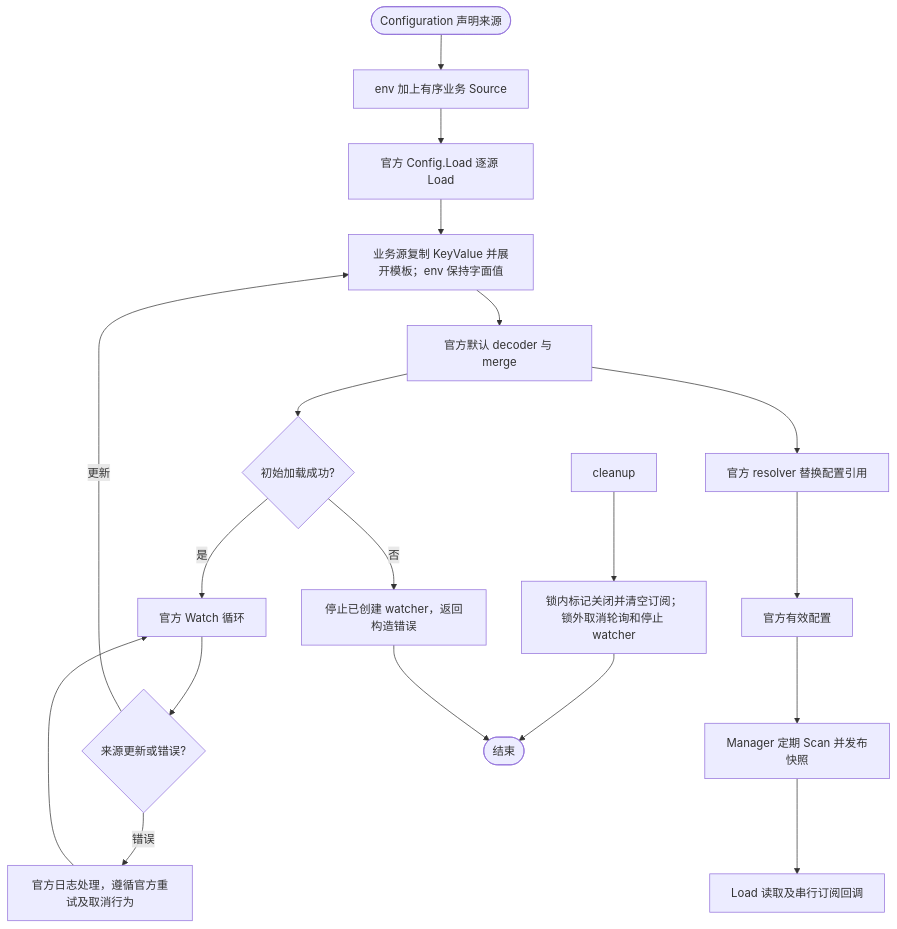
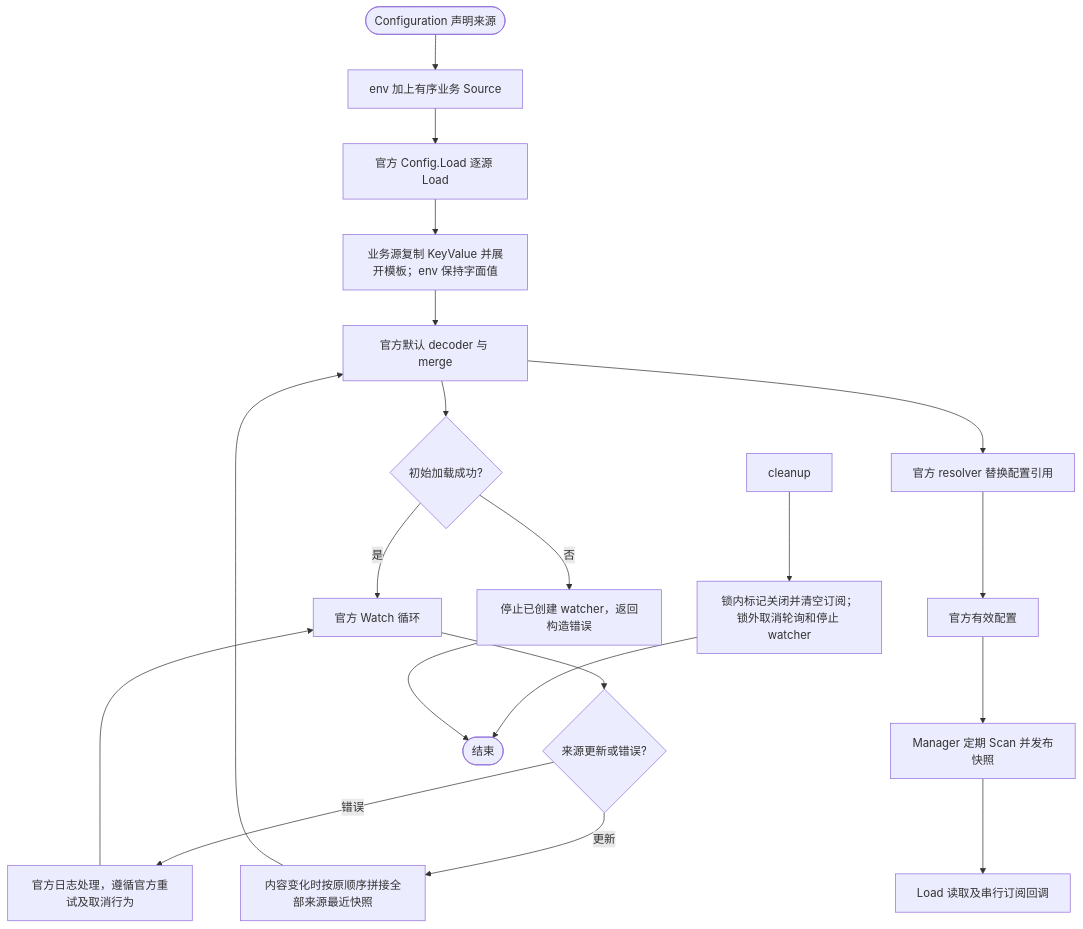
Before and after one commit to jaggerzhuang1994/kratos-foundation: the first of 4 diagrams in pkg/config/README.md, drawn with Mermaid. The commit also changed other lines of this file and 7 other files, not shown here.

````diff
--- a/pkg/config/README.md
+++ b/pkg/config/README.md
@@ -23,21 +23,22 @@
 ```mermaid
 flowchart TD
  A([Configuration 声明来源]) --> B[env 加上有序业务 Source]
  B --> C[官方 Config.Load 逐源 Load]
  C --> D[业务源复制 KeyValue 并展开模板；env 保持字面值]
  D --> E[官方默认 decoder 与 merge]
  E --> F{初始加载成功?}
  F -- 否 --> X[停止已创建 watcher，返回构造错误]
  F -- 是 --> G[官方 Watch 循环]
  G --> H{来源更新或错误?}
- H -- 更新 --> D
+ H -- 更新 --> D2[内容变化时按原顺序拼接全部来源最近快照]
+ D2 --> E
  H -- 错误 --> I[官方日志处理，遵循官方重试及取消行为]
  I --> G
  E --> R[官方 resolver 替换配置引用]
  R --> J[官方有效配置]
  J --> P[Manager 定期 Scan 并发布快照]
  P --> Q[Load 读取及串行订阅回调]
  K[cleanup] --> L[锁内标记关闭并清空订阅；锁外取消轮询和停止 watcher]
  L --> Z([结束])
  X --> Z
 ```
````
